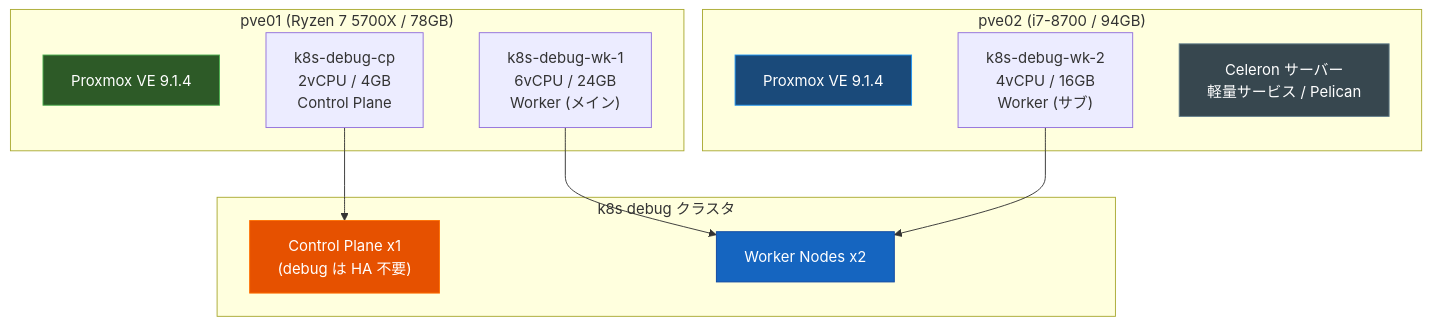
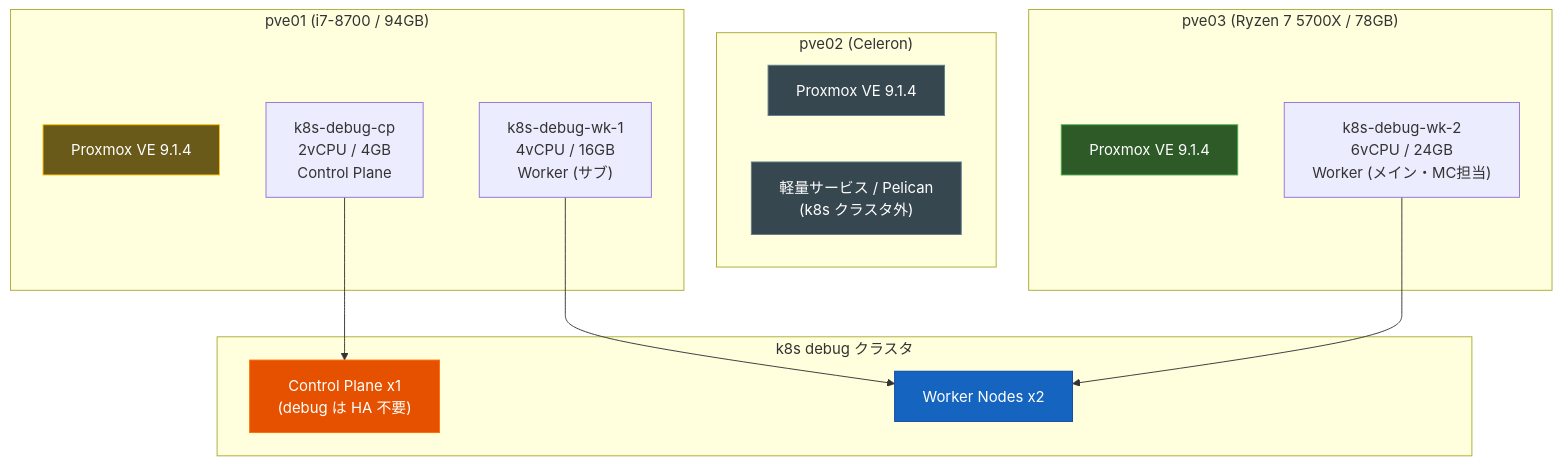
One commit to Strategy-games/infra-repo changed the second of 6 diagrams in README.md. Above: the diagram before and after it, drawn with Mermaid. The commit also changed 2 other files, not shown here.

Commit message:
fix: correct pve node assignments (pve01=i7, pve02=Celeron, pve03=Ryzen7)
- infra/01_physical_infrastructure.md / README.md を実態に合わせて修正
- infra-repo/README.md k8s クラスタ図を修正
- infra-repo/setup.md VM 展開手順を pve01/pve03 構成に修正
- statefulset.yaml の nodeAffinity を k8s-debug-wk-2 (pve03 Ryzen 7) に修正

````diff
--- a/README.md
+++ b/README.md
@@ -86,28 +86,33 @@
 ```mermaid
 graph TB
-    subgraph "pve01 (Ryzen 7 5700X / 78GB)"
+    subgraph "pve01 (i7-8700 / 94GB)"
         pve01_pve["Proxmox VE 9.1.4"]
         cp1["k8s-debug-cp\n2vCPU / 4GB\nControl Plane"]
-        wk1["k8s-debug-wk-1\n6vCPU / 24GB\nWorker (メイン)"]
+        wk1["k8s-debug-wk-1\n4vCPU / 16GB\nWorker (サブ)"]
     end
 
-    subgraph "pve02 (i7-8700 / 94GB)"
+    subgraph "pve02 (Celeron)"
         pve02_pve["Proxmox VE 9.1.4"]
-        wk2["k8s-debug-wk-2\n4vCPU / 16GB\nWorker (サブ)"]
-        cel["Celeron サーバー\n軽量サービス / Pelican"]
+        cel["軽量サービス / Pelican\n(k8s クラスタ外)"]
+    end
+
+    subgraph "pve03 (Ryzen 7 5700X / 78GB)"
+        pve03_pve["Proxmox VE 9.1.4"]
+        wk2["k8s-debug-wk-2\n6vCPU / 24GB\nWorker (メイン・MC担当)"]
     end
 
     subgraph "k8s debug クラスタ"
         CP["Control Plane x1\n(debug は HA 不要)"]
         WK["Worker Nodes x2"]
     end
 
     cp1 --> CP
     wk1 & wk2 --> WK
 
-    style pve01_pve fill:#2d5a27,stroke:#4CAF50,color:#fff
-    style pve02_pve fill:#1a4a7a,stroke:#2196F3,color:#fff
+    style pve01_pve fill:#6a5a1a,stroke:#FFC107,color:#fff
+    style pve02_pve fill:#37474f,stroke:#607d8b,color:#fff
+    style pve03_pve fill:#2d5a27,stroke:#4CAF50,color:#fff
     style CP fill:#e65100,stroke:#ff6f00,color:#fff
     style WK fill:#1565c0,stroke:#0d47a1,color:#fff
     style cel fill:#37474f,stroke:#607d8b,color:#fff
 ```
````
